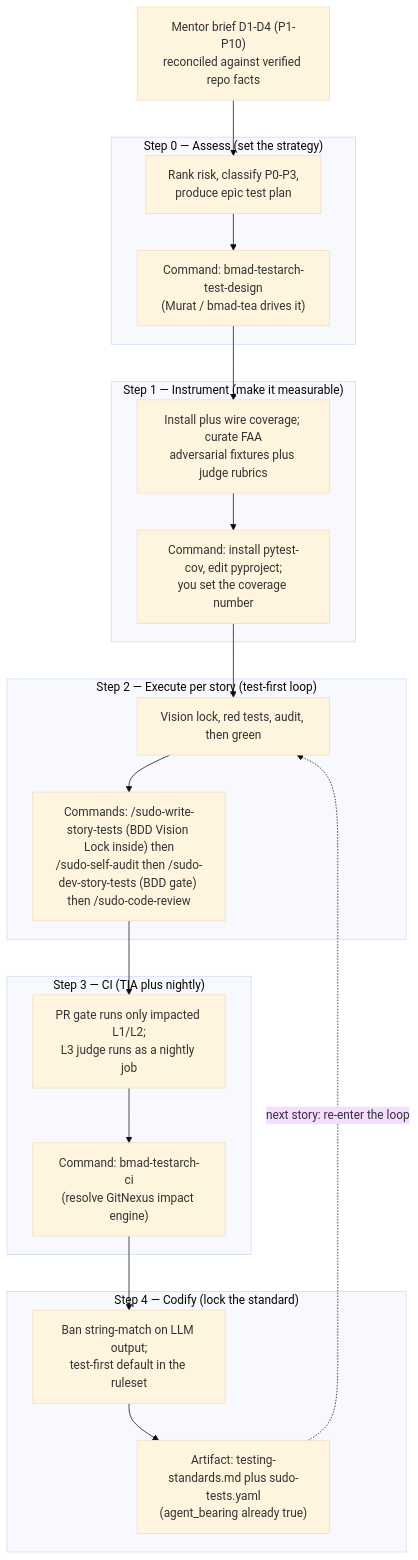
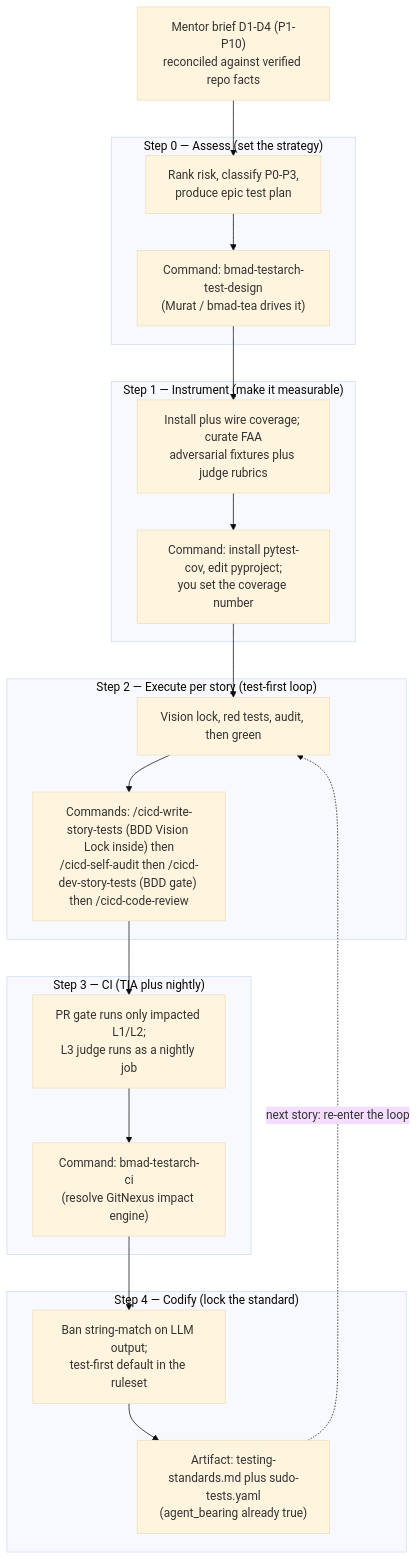
One commit to sudomadhatter/Sudo_Hatter_Command changed the first of 12 diagrams in _my_resources/diagrams_guides/workflows_tea_testing/tea_testing_guide.md. Above: the diagram before and after it, drawn with Mermaid (base theme). The commit also changed other lines of this file and 402 other files, not shown here.

````diff
--- a/_my_resources/diagrams_guides/workflows_tea_testing/tea_testing_guide.md
+++ b/_my_resources/diagrams_guides/workflows_tea_testing/tea_testing_guide.md
@@ -132,40 +132,40 @@
 ```mermaid
 flowchart TD
     Start["Mentor brief D1-D4 (P1-P10)\nreconciled against verified repo facts"] --> Assess
 
     subgraph S0 ["Step 0 — Assess (set the strategy)"]
         Assess["Rank risk, classify P0-P3,\nproduce epic test plan"]
         AssessCmd["Command: bmad-testarch-test-design\n(Murat / bmad-tea drives it)"]
         Assess --> AssessCmd
     end
 
     subgraph S1 ["Step 1 — Instrument (make it measurable)"]
         Instr["Install plus wire coverage; curate FAA\nadversarial fixtures plus judge rubrics"]
         InstrCmd["Command: install pytest-cov, edit pyproject;\nyou set the coverage number"]
         Instr --> InstrCmd
     end
 
     subgraph S2 ["Step 2 — Execute per story (test-first loop)"]
         Exec["Vision lock, red tests, audit, then green"]
-        ExecCmd["Commands: /sudo-write-story-tests (BDD Vision Lock inside) then\n/sudo-self-audit then /sudo-dev-story-tests (BDD gate) then /sudo-code-review"]
+        ExecCmd["Commands: /cicd-write-story-tests (BDD Vision Lock inside) then\n/cicd-self-audit then /cicd-dev-story-tests (BDD gate) then /cicd-code-review"]
         Exec --> ExecCmd
     end
 
     subgraph S3 ["Step 3 — CI (TIA plus nightly)"]
         CI["PR gate runs only impacted L1/L2;\nL3 judge runs as a nightly job"]
         CICmd["Command: bmad-testarch-ci\n(resolve GitNexus impact engine)"]
         CI --> CICmd
     end
 
     subgraph S4 ["Step 4 — Codify (lock the standard)"]
         Codify["Ban string-match on LLM output;\ntest-first default in the ruleset"]
         CodifyCmd["Artifact: testing-standards.md plus sudo-tests.yaml\n(agent_bearing already true)"]
         Codify --> CodifyCmd
     end
 
     AssessCmd --> Instr
     InstrCmd --> Exec
     ExecCmd --> CI
     CICmd --> Codify
     CodifyCmd -.->|"next story: re-enter the loop"| Exec
 ```
````
